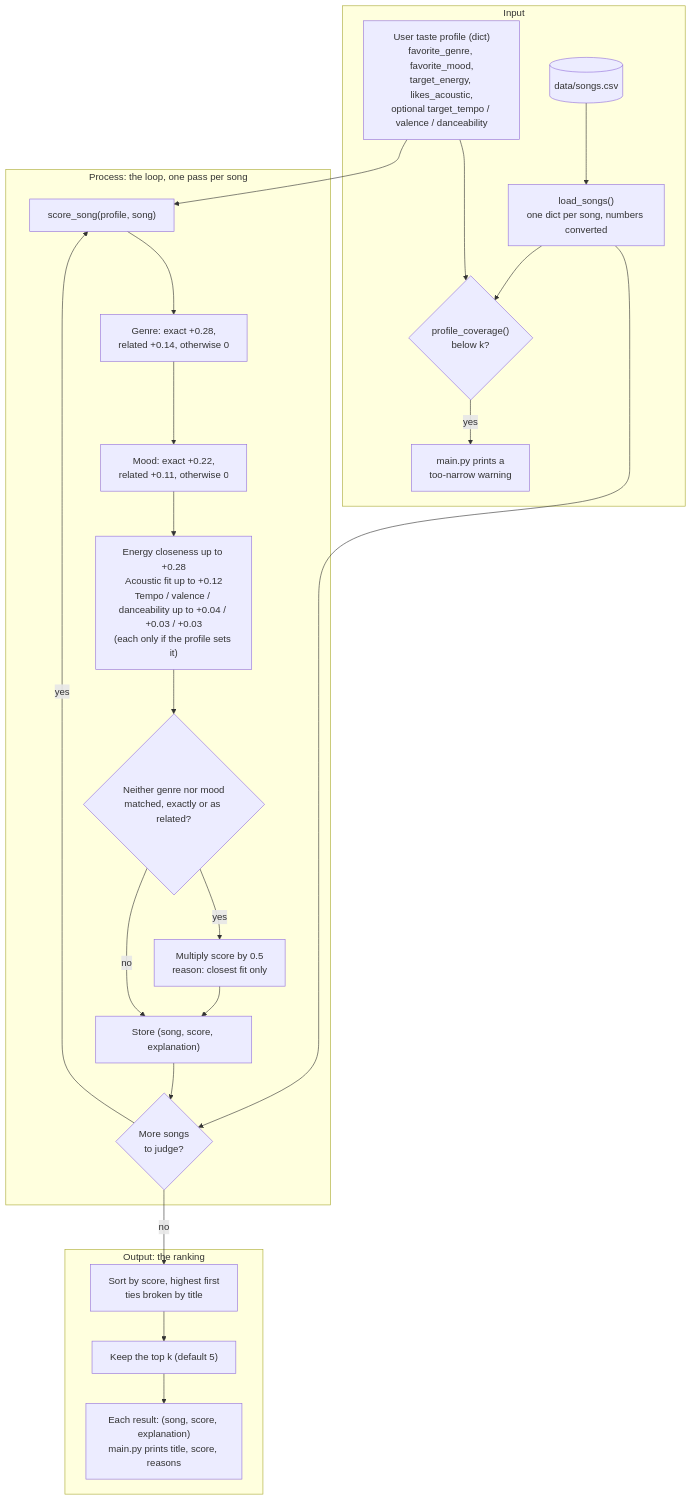
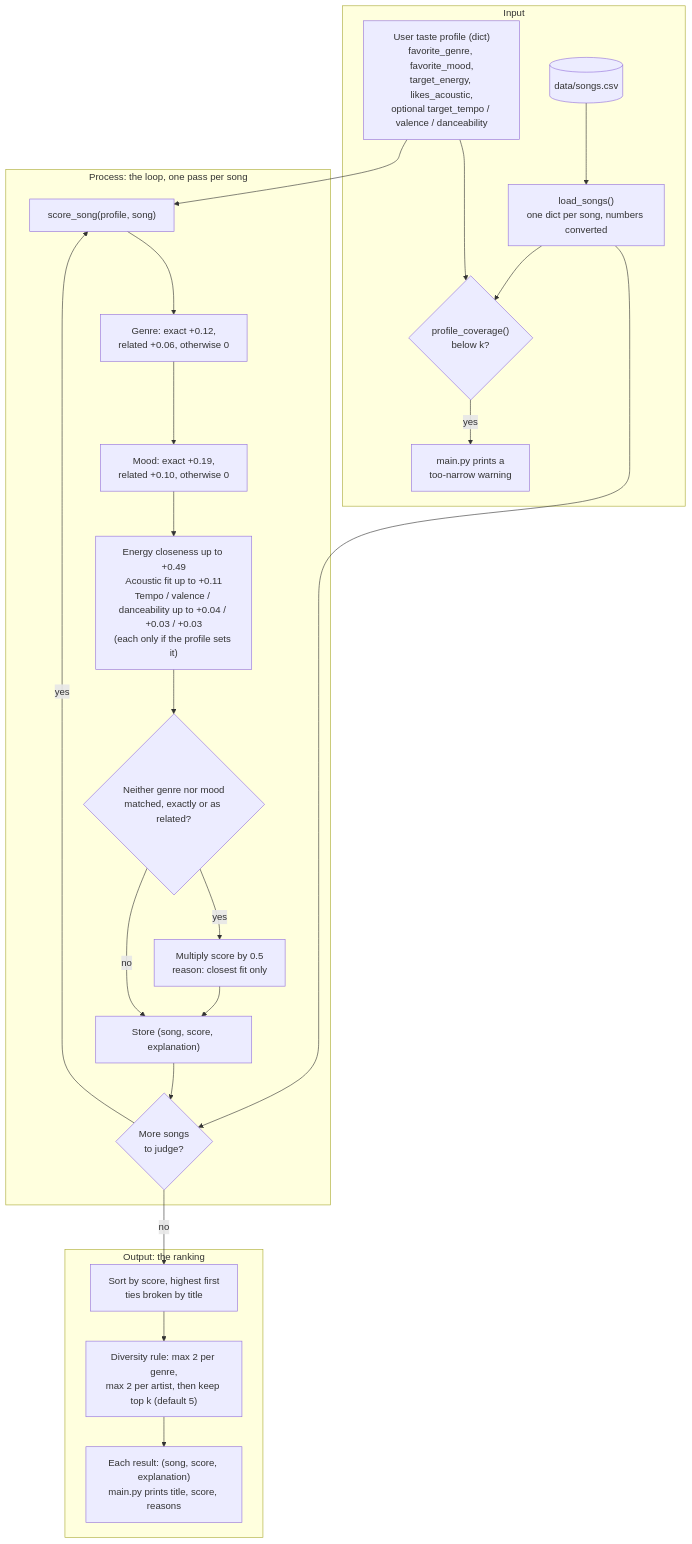
Before and after one commit to bleewcc1/ai110-module3show-musicrecommendersimulation-starter: the diagram in README.md, drawn with Mermaid. The commit also changed other lines of this file and 6 other files, not shown here.

````diff
--- a/README.md
+++ b/README.md
@@ -57,39 +57,39 @@
 ```mermaid
 flowchart TD
     subgraph INPUT["Input"]
         A["User taste profile (dict)<br/>favorite_genre, favorite_mood,<br/>target_energy, likes_acoustic,<br/>optional target_tempo / valence / danceability"]
         W{"profile_coverage()<br/>below k?"}
         X["main.py prints a<br/>too-narrow warning"]
         A --> W
         W -- yes --> X
         B[("data/songs.csv")]
         B --> C["load_songs()<br/>one dict per song, numbers converted"]
     end
 
     subgraph PROCESS["Process: the loop, one pass per song"]
         D{"More songs<br/>to judge?"}
         E["score_song(profile, song)"]
-        F["Genre: exact +0.28,<br/>related +0.14, otherwise 0"]
-        G["Mood: exact +0.22,<br/>related +0.11, otherwise 0"]
-        H["Energy closeness up to +0.28<br/>Acoustic fit up to +0.12<br/>Tempo / valence / danceability up to +0.04 / +0.03 / +0.03<br/>(each only if the profile sets it)"]
+        F["Genre: exact +0.12,<br/>related +0.06, otherwise 0"]
+        G["Mood: exact +0.19,<br/>related +0.10, otherwise 0"]
+        H["Energy closeness up to +0.49<br/>Acoustic fit up to +0.11<br/>Tempo / valence / danceability up to +0.04 / +0.03 / +0.03<br/>(each only if the profile sets it)"]
         I{"Neither genre nor mood<br/>matched, exactly or as related?"}
         J["Multiply score by 0.5<br/>reason: closest fit only"]
         K["Store (song, score, explanation)"]
         D -- yes --> E --> F --> G --> H --> I
         I -- yes --> J --> K
         I -- no --> K
         K --> D
     end
 
     subgraph OUTPUT["Output: the ranking"]
         L["Sort by score, highest first<br/>ties broken by title"]
-        M["Keep the top k (default 5)"]
+        M["Diversity rule: max 2 per genre,<br/>max 2 per artist, then keep top k (default 5)"]
         N["Each result: (song, score, explanation)<br/>main.py prints title, score, reasons"]
         L --> M --> N
     end
 
     A --> E
     C --> D
     C --> W
     D -- no --> L
 ```
````
